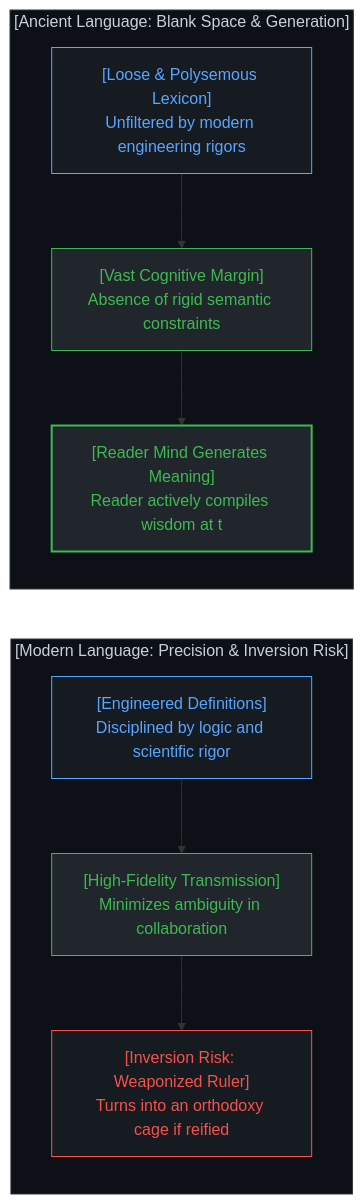
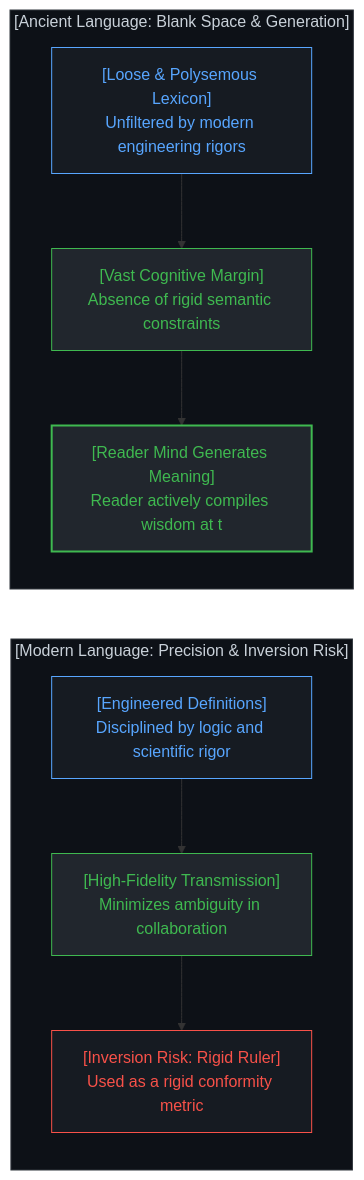
Before and after one commit to powerpig99/not-a-toe: the sixth of 16 diagrams in content/posts/the-dissolution-of-the-great-reversal.md, drawn with Mermaid. The commit also changed other lines of this file and 4 other files, not shown here.

Commit message:
Eliminate moralizing language across Post #314: analyze structural causes of low-dim metric inversion

````diff
--- a/content/posts/the-dissolution-of-the-great-reversal.md
+++ b/content/posts/the-dissolution-of-the-great-reversal.md
@@ -238,31 +238,31 @@
 ```mermaid
 graph TD
     subgraph AncientSpace["[Ancient Language: Blank Space & Generation]"]
         direction TB
         AncientLexicon["[Loose & Polysemous Lexicon]<br>Unfiltered by modern engineering rigors"]
         CognitiveMargin["[Vast Cognitive Margin]<br>Absence of rigid semantic constraints"]
         ReaderGeneration["[Reader Mind Generates Meaning]<br>Reader actively compiles wisdom at t"]
         AncientLexicon --> CognitiveMargin
         CognitiveMargin --> ReaderGeneration
     end
 
     subgraph ModernPrecision["[Modern Language: Precision & Inversion Risk]"]
         direction TB
         PreciseDefinitions["[Engineered Definitions]<br>Disciplined by logic and scientific rigor"]
         HighFidelity["[High-Fidelity Transmission]<br>Minimizes ambiguity in collaboration"]
-        OrthodoxyRisk["[Inversion Risk: Weaponized Ruler]<br>Turns into an orthodoxy cage if reified"]
+        OrthodoxyRisk["[Inversion Risk: Rigid Ruler]<br>Used as a rigid conformity metric"]
         PreciseDefinitions --> HighFidelity
         HighFidelity --> OrthodoxyRisk
     end
 
     ReaderGeneration ~~~ PreciseDefinitions
 
     style AncientSpace fill:#0d1117,stroke:#30363d,stroke-width:1px,color:#c9d1d9
     style AncientLexicon fill:#161b22,stroke:#58a6ff,stroke-width:1px,color:#58a6ff
     style CognitiveMargin fill:#21262d,stroke:#3fb950,stroke-width:1px,color:#3fb950
     style ReaderGeneration fill:#21262d,stroke:#3fb950,stroke-width:2px,color:#3fb950
     style ModernPrecision fill:#0d1117,stroke:#30363d,stroke-width:1px,color:#c9d1d9
     style PreciseDefinitions fill:#161b22,stroke:#58a6ff,stroke-width:1px,color:#58a6ff
     style HighFidelity fill:#21262d,stroke:#3fb950,stroke-width:1px,color:#3fb950
     style OrthodoxyRisk fill:#161b22,stroke:#f85149,stroke-width:1px,color:#f85149
 ```
````
